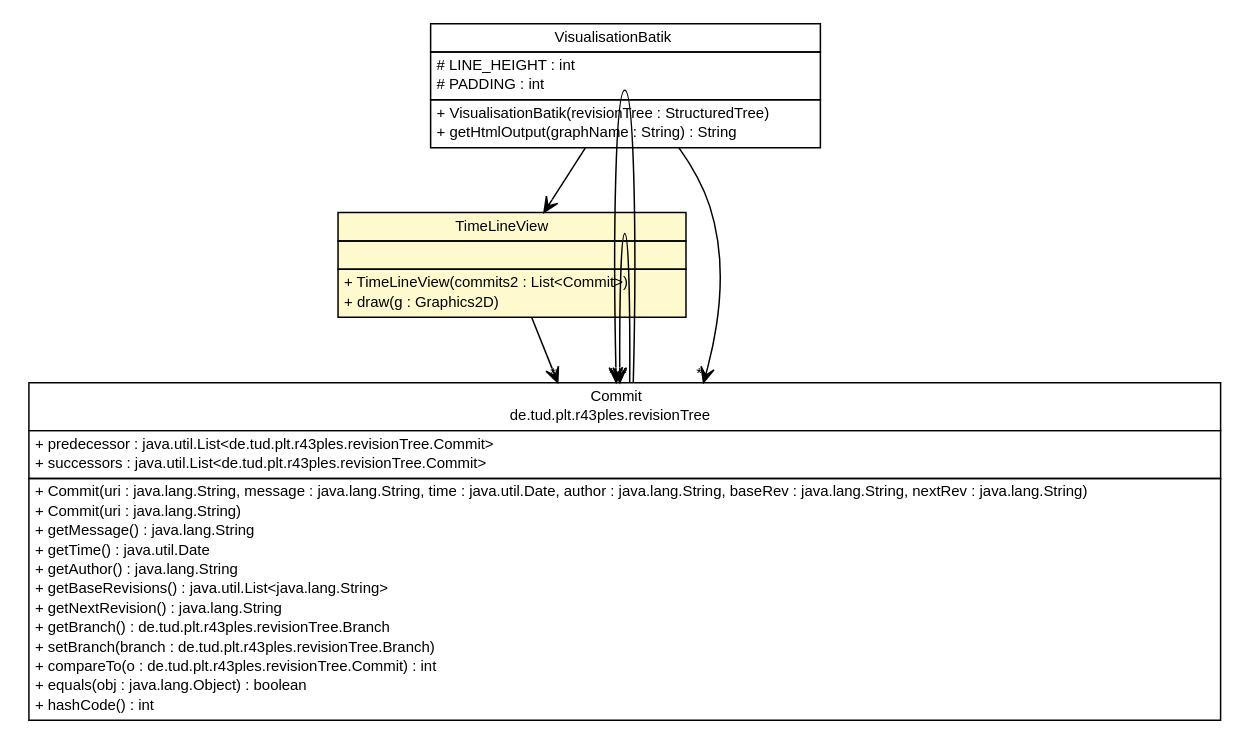
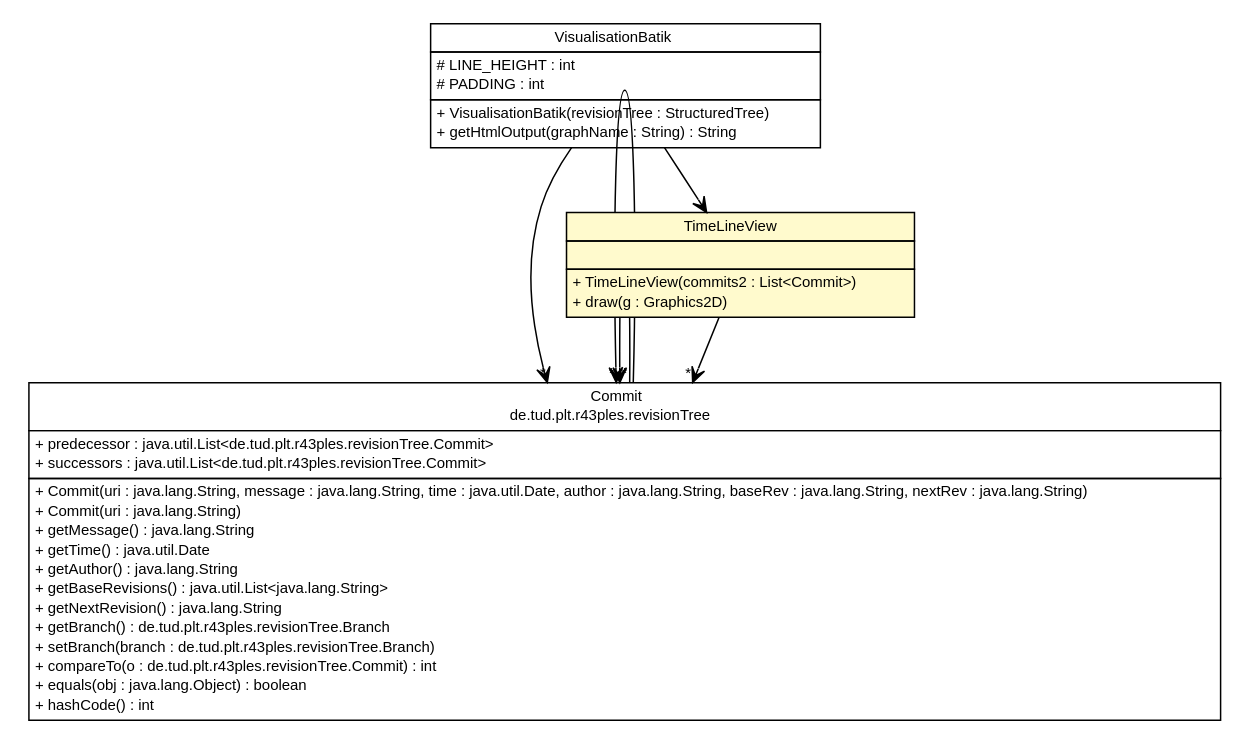
Before and after one commit to adrianorzyszek/r43ples: the diagram in site/apidocs/de/tud/plt/r43ples/visualisation/TimeLineView.dot, drawn with Graphviz. The commit also changed 266 other files, not shown here.

```diff
--- a/site/apidocs/de/tud/plt/r43ples/visualisation/TimeLineView.dot
+++ b/site/apidocs/de/tud/plt/r43ples/visualisation/TimeLineView.dot
@@ -1,74 +1,74 @@
 #!/usr/local/bin/dot
 #
 # Class diagram 
 # Generated by UMLGraph version R5_6-24-gf6e263 (http://www.umlgraph.org/)
 #
 
 digraph G {
 	edge [fontname="Helvetica",fontsize=10,labelfontname="Helvetica",labelfontsize=10];
 	node [fontname="Helvetica",fontsize=10,shape=plaintext];
 	nodesep=0.25;
 	ranksep=0.5;
-	// de.tud.plt.r43ples.visualisation.TimeLineView
-	c1678 [label=<<table title="de.tud.plt.r43ples.visualisation.TimeLineView" border="0" cellborder="1" cellspacing="0" cellpadding="2" port="p" bgcolor="lemonChiffon" href="./TimeLineView.html">
-		<tr><td><table border="0" cellspacing="0" cellpadding="1">
-<tr><td align="center" balign="center"> TimeLineView </td></tr>
-		</table></td></tr>
-		<tr><td><table border="0" cellspacing="0" cellpadding="1">
-<tr><td align="left" balign="left">  </td></tr>
-		</table></td></tr>
-		<tr><td><table border="0" cellspacing="0" cellpadding="1">
-<tr><td align="left" balign="left"> + TimeLineView(commits2 : List&lt;Commit&gt;) </td></tr>
-<tr><td align="left" balign="left"> + draw(g : Graphics2D) </td></tr>
-		</table></td></tr>
-		</table>>, URL="./TimeLineView.html", fontname="Helvetica", fontcolor="black", fontsize=10.0];
-	// de.tud.plt.r43ples.visualisation.VisualisationBatik
-	c1679 [label=<<table title="de.tud.plt.r43ples.visualisation.VisualisationBatik" border="0" cellborder="1" cellspacing="0" cellpadding="2" port="p" href="./VisualisationBatik.html">
-		<tr><td><table border="0" cellspacing="0" cellpadding="1">
-<tr><td align="center" balign="center"> VisualisationBatik </td></tr>
-		</table></td></tr>
-		<tr><td><table border="0" cellspacing="0" cellpadding="1">
-<tr><td align="left" balign="left"> # LINE_HEIGHT : int </td></tr>
-<tr><td align="left" balign="left"> # PADDING : int </td></tr>
-		</table></td></tr>
-		<tr><td><table border="0" cellspacing="0" cellpadding="1">
-<tr><td align="left" balign="left"> + VisualisationBatik(revisionTree : StructuredTree) </td></tr>
-<tr><td align="left" balign="left"> + getHtmlOutput(graphName : String) : String </td></tr>
-		</table></td></tr>
-		</table>>, URL="./VisualisationBatik.html", fontname="Helvetica", fontcolor="black", fontsize=10.0];
 	// de.tud.plt.r43ples.revisionTree.Commit
-	c1687 [label=<<table title="de.tud.plt.r43ples.revisionTree.Commit" border="0" cellborder="1" cellspacing="0" cellpadding="2" port="p" href="../revisionTree/Commit.html">
+	c1706 [label=<<table title="de.tud.plt.r43ples.revisionTree.Commit" border="0" cellborder="1" cellspacing="0" cellpadding="2" port="p" href="../revisionTree/Commit.html">
 		<tr><td><table border="0" cellspacing="0" cellpadding="1">
 <tr><td align="center" balign="center"> Commit </td></tr>
 <tr><td align="center" balign="center"> de.tud.plt.r43ples.revisionTree </td></tr>
 		</table></td></tr>
 		<tr><td><table border="0" cellspacing="0" cellpadding="1">
 <tr><td align="left" balign="left"> + predecessor : java.util.List&lt;de.tud.plt.r43ples.revisionTree.Commit&gt; </td></tr>
 <tr><td align="left" balign="left"> + successors : java.util.List&lt;de.tud.plt.r43ples.revisionTree.Commit&gt; </td></tr>
 		</table></td></tr>
 		<tr><td><table border="0" cellspacing="0" cellpadding="1">
 <tr><td align="left" balign="left"> + Commit(uri : java.lang.String, message : java.lang.String, time : java.util.Date, author : java.lang.String, baseRev : java.lang.String, nextRev : java.lang.String) </td></tr>
 <tr><td align="left" balign="left"> + Commit(uri : java.lang.String) </td></tr>
 <tr><td align="left" balign="left"> + getMessage() : java.lang.String </td></tr>
 <tr><td align="left" balign="left"> + getTime() : java.util.Date </td></tr>
 <tr><td align="left" balign="left"> + getAuthor() : java.lang.String </td></tr>
 <tr><td align="left" balign="left"> + getBaseRevisions() : java.util.List&lt;java.lang.String&gt; </td></tr>
 <tr><td align="left" balign="left"> + getNextRevision() : java.lang.String </td></tr>
 <tr><td align="left" balign="left"> + getBranch() : de.tud.plt.r43ples.revisionTree.Branch </td></tr>
 <tr><td align="left" balign="left"> + setBranch(branch : de.tud.plt.r43ples.revisionTree.Branch) </td></tr>
 <tr><td align="left" balign="left"> + compareTo(o : de.tud.plt.r43ples.revisionTree.Commit) : int </td></tr>
 <tr><td align="left" balign="left"> + equals(obj : java.lang.Object) : boolean </td></tr>
 <tr><td align="left" balign="left"> + hashCode() : int </td></tr>
 		</table></td></tr>
 		</table>>, URL="../revisionTree/Commit.html", fontname="Helvetica", fontcolor="black", fontsize=10.0];
+	// de.tud.plt.r43ples.visualisation.VisualisationBatik
+	c1710 [label=<<table title="de.tud.plt.r43ples.visualisation.VisualisationBatik" border="0" cellborder="1" cellspacing="0" cellpadding="2" port="p" href="./VisualisationBatik.html">
+		<tr><td><table border="0" cellspacing="0" cellpadding="1">
+<tr><td align="center" balign="center"> VisualisationBatik </td></tr>
+		</table></td></tr>
+		<tr><td><table border="0" cellspacing="0" cellpadding="1">
+<tr><td align="left" balign="left"> # LINE_HEIGHT : int </td></tr>
+<tr><td align="left" balign="left"> # PADDING : int </td></tr>
+		</table></td></tr>
+		<tr><td><table border="0" cellspacing="0" cellpadding="1">
+<tr><td align="left" balign="left"> + VisualisationBatik(revisionTree : StructuredTree) </td></tr>
+<tr><td align="left" balign="left"> + getHtmlOutput(graphName : String) : String </td></tr>
+		</table></td></tr>
+		</table>>, URL="./VisualisationBatik.html", fontname="Helvetica", fontcolor="black", fontsize=10.0];
+	// de.tud.plt.r43ples.visualisation.TimeLineView
+	c1712 [label=<<table title="de.tud.plt.r43ples.visualisation.TimeLineView" border="0" cellborder="1" cellspacing="0" cellpadding="2" port="p" bgcolor="lemonChiffon" href="./TimeLineView.html">
+		<tr><td><table border="0" cellspacing="0" cellpadding="1">
+<tr><td align="center" balign="center"> TimeLineView </td></tr>
+		</table></td></tr>
+		<tr><td><table border="0" cellspacing="0" cellpadding="1">
+<tr><td align="left" balign="left">  </td></tr>
+		</table></td></tr>
+		<tr><td><table border="0" cellspacing="0" cellpadding="1">
+<tr><td align="left" balign="left"> + TimeLineView(commits2 : List&lt;Commit&gt;) </td></tr>
+<tr><td align="left" balign="left"> + draw(g : Graphics2D) </td></tr>
+		</table></td></tr>
+		</table>>, URL="./TimeLineView.html", fontname="Helvetica", fontcolor="black", fontsize=10.0];
+	// de.tud.plt.r43ples.revisionTree.Commit NAVASSOC de.tud.plt.r43ples.revisionTree.Commit
+	c1706:p -> c1706:p [taillabel="", label="", headlabel="*", fontname="Helvetica", fontcolor="black", fontsize=10.0, color="black", arrowhead=open];
+	// de.tud.plt.r43ples.revisionTree.Commit NAVASSOC de.tud.plt.r43ples.revisionTree.Commit
+	c1706:p -> c1706:p [taillabel="", label="", headlabel="*", fontname="Helvetica", fontcolor="black", fontsize=10.0, color="black", arrowhead=open];
+	// de.tud.plt.r43ples.visualisation.VisualisationBatik NAVASSOC de.tud.plt.r43ples.visualisation.TimeLineView
+	c1710:p -> c1712:p [taillabel="", label="", headlabel="", fontname="Helvetica", fontcolor="black", fontsize=10.0, color="black", arrowhead=open];
+	// de.tud.plt.r43ples.visualisation.VisualisationBatik NAVASSOC de.tud.plt.r43ples.revisionTree.Commit
+	c1710:p -> c1706:p [taillabel="", label="", headlabel="*", fontname="Helvetica", fontcolor="black", fontsize=10.0, color="black", arrowhead=open];
 	// de.tud.plt.r43ples.visualisation.TimeLineView NAVASSOC de.tud.plt.r43ples.revisionTree.Commit
-	c1678:p -> c1687:p [taillabel="", label="", headlabel="*", fontname="Helvetica", fontcolor="black", fontsize=10.0, color="black", arrowhead=open];
-	// de.tud.plt.r43ples.visualisation.VisualisationBatik NAVASSOC de.tud.plt.r43ples.visualisation.TimeLineView
-	c1679:p -> c1678:p [taillabel="", label="", headlabel="", fontname="Helvetica", fontcolor="black", fontsize=10.0, color="black", arrowhead=open];
-	// de.tud.plt.r43ples.visualisation.VisualisationBatik NAVASSOC de.tud.plt.r43ples.revisionTree.Commit
-	c1679:p -> c1687:p [taillabel="", label="", headlabel="*", fontname="Helvetica", fontcolor="black", fontsize=10.0, color="black", arrowhead=open];
-	// de.tud.plt.r43ples.revisionTree.Commit NAVASSOC de.tud.plt.r43ples.revisionTree.Commit
-	c1687:p -> c1687:p [taillabel="", label="", headlabel="*", fontname="Helvetica", fontcolor="black", fontsize=10.0, color="black", arrowhead=open];
-	// de.tud.plt.r43ples.revisionTree.Commit NAVASSOC de.tud.plt.r43ples.revisionTree.Commit
-	c1687:p -> c1687:p [taillabel="", label="", headlabel="*", fontname="Helvetica", fontcolor="black", fontsize=10.0, color="black", arrowhead=open];
+	c1712:p -> c1706:p [taillabel="", label="", headlabel="*", fontname="Helvetica", fontcolor="black", fontsize=10.0, color="black", arrowhead=open];
 }
```
